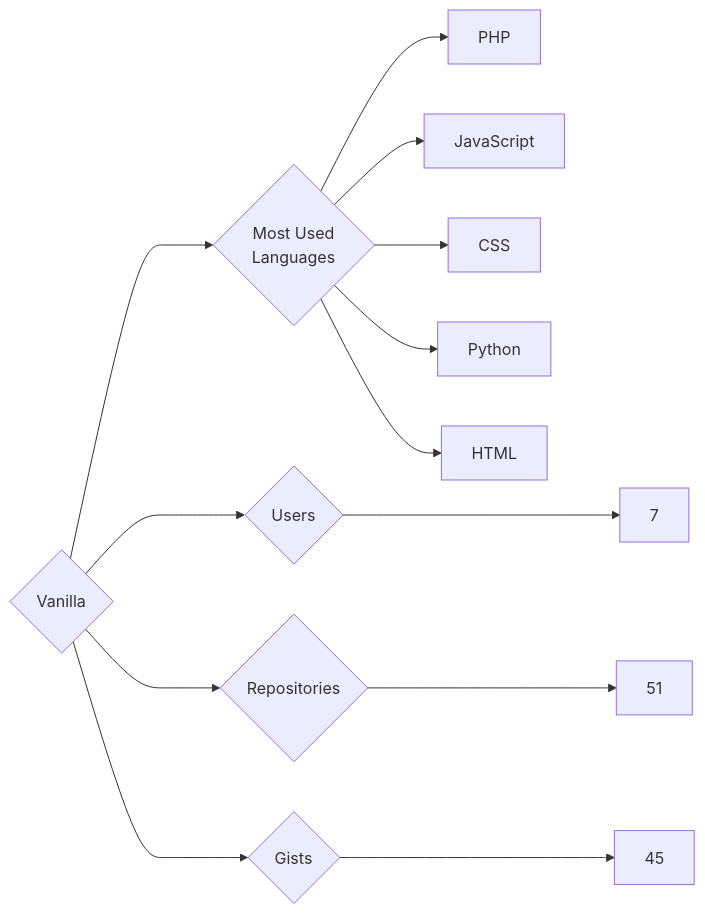
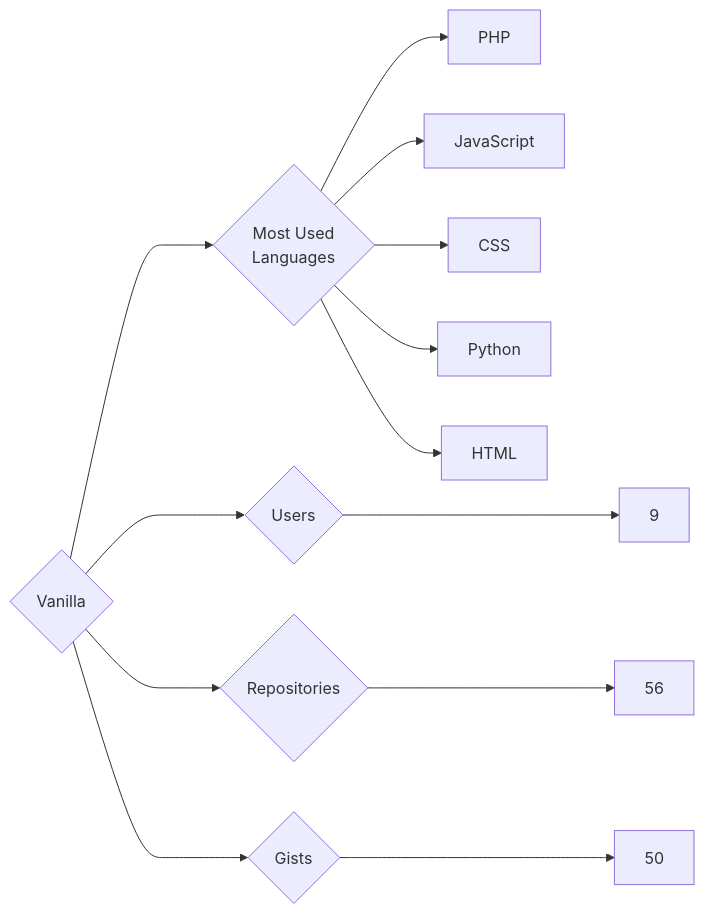
The diagram in targets/Vanilla/README.md (trickest/insiders), drawn with Mermaid before and after one commit. The commit also changed 898 other files, not shown here.

````diff
--- a/targets/Vanilla/README.md
+++ b/targets/Vanilla/README.md
@@ -3,13 +3,13 @@
 ```mermaid
 graph LR
 COMPANY_NAME{Vanilla}
-COMPANY_NAME ---> U{Users} ---> UN[7]
-COMPANY_NAME ---> R{Repositories} ---> RN[51]
-COMPANY_NAME ---> G{Gists} ---> GN[45]
+COMPANY_NAME ---> U{Users} ---> UN[9]
+COMPANY_NAME ---> R{Repositories} ---> RN[56]
+COMPANY_NAME ---> G{Gists} ---> GN[50]
 COMPANY_NAME ---> ML{Most Used<br>Languages}
 ML --> PHP[PHP]
 ML --> JavaScript[JavaScript]
 ML --> CSS[CSS]
 ML --> Python[Python]
 ML --> HTML[HTML]
 ```
````
